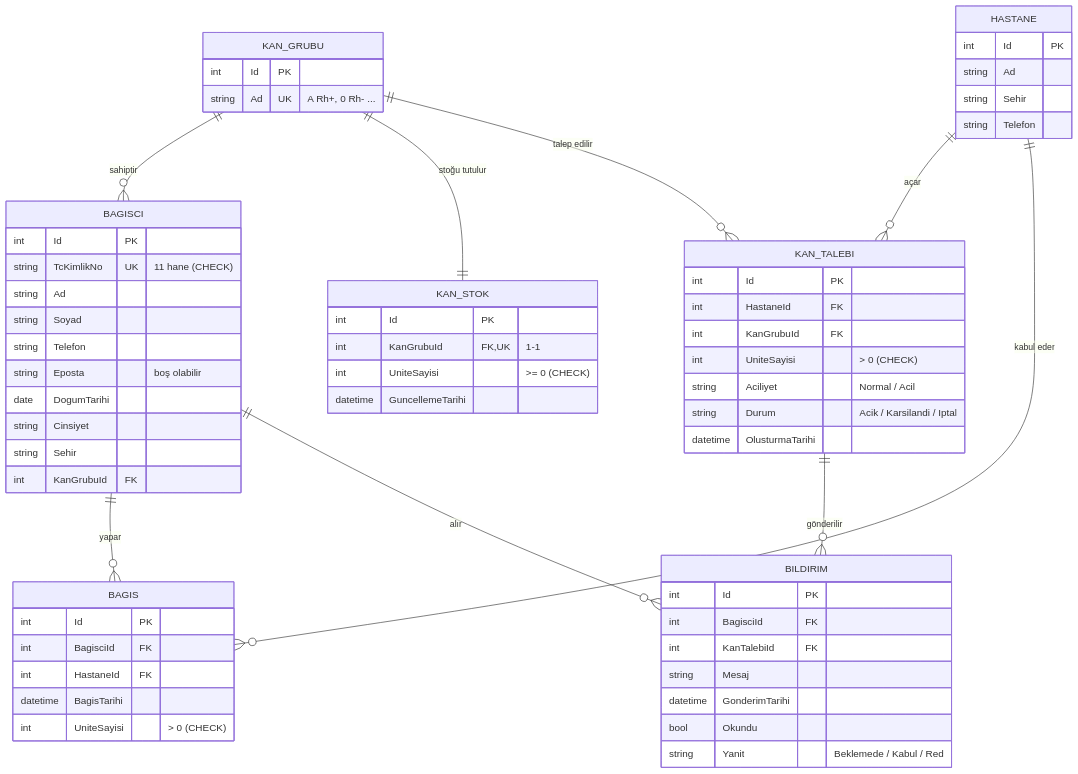
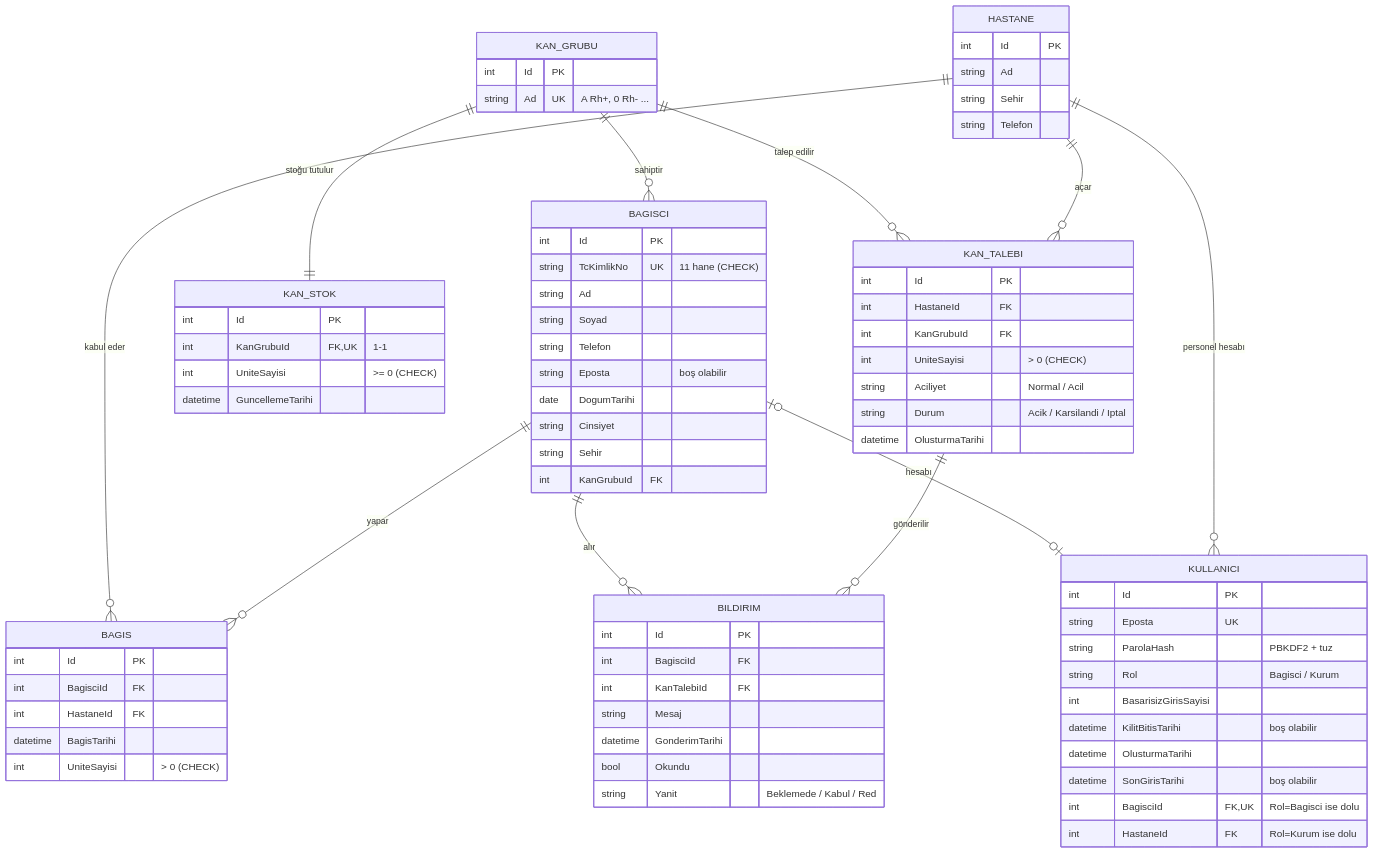
Before and after one commit to simsekdilan93-dot/kanbag-s-yonetimivebag-sc-eslestirme-: the diagram in docs/ER-Diyagrami.md, drawn with Mermaid. The commit also changed other lines of this file and 42 other files, not shown here.

````diff
--- a/docs/ER-Diyagrami.md
+++ b/docs/ER-Diyagrami.md
@@ -10,6 +10,8 @@
     BAGISCI ||--o{ BAGIS : "yapar"
     BAGISCI ||--o{ BILDIRIM : "alır"
     KAN_TALEBI ||--o{ BILDIRIM : "gönderilir"
+    BAGISCI |o--o| KULLANICI : "hesabı"
+    HASTANE ||--o{ KULLANICI : "personel hesabı"
 
     KAN_GRUBU {
         int Id PK
@@ -70,4 +72,17 @@
         bool Okundu
         string Yanit "Beklemede / Kabul / Red"
     }
+
+    KULLANICI {
+        int Id PK
+        string Eposta UK
+        string ParolaHash "PBKDF2 + tuz"
+        string Rol "Bagisci / Kurum"
+        int BasarisizGirisSayisi
+        datetime KilitBitisTarihi "boş olabilir"
+        datetime OlusturmaTarihi
+        datetime SonGirisTarihi "boş olabilir"
+        int BagisciId FK,UK "Rol=Bagisci ise dolu"
+        int HastaneId FK "Rol=Kurum ise dolu"
+    }
 ```
````
